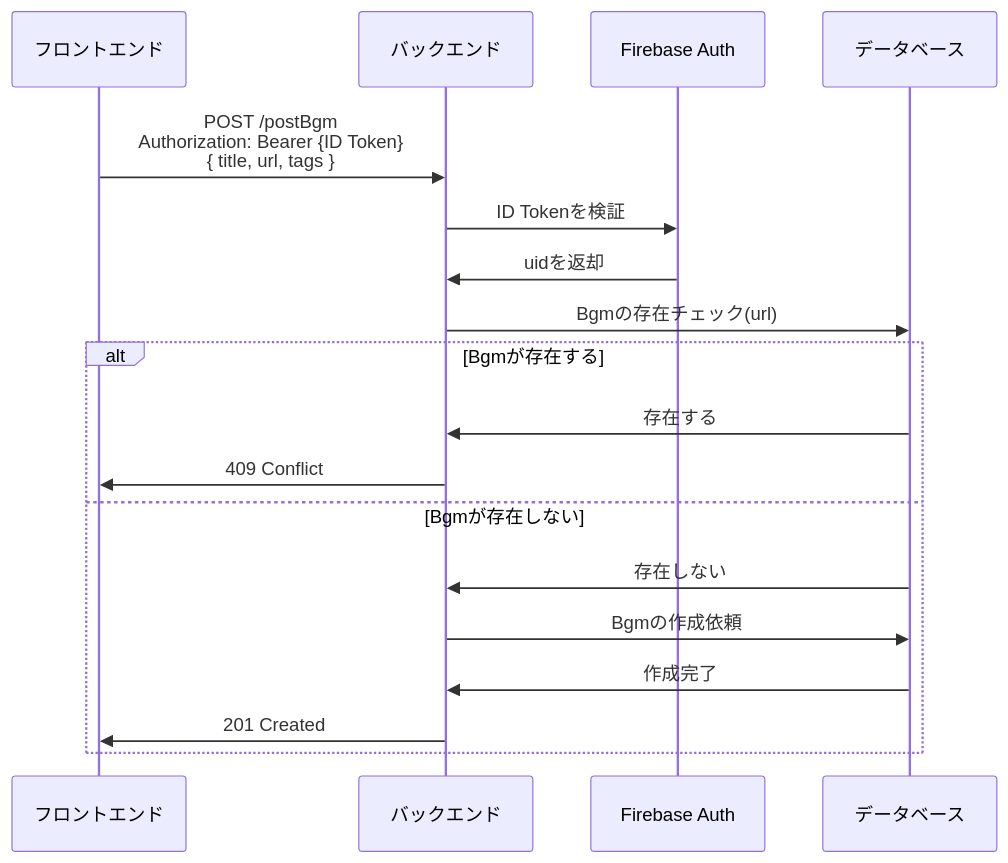
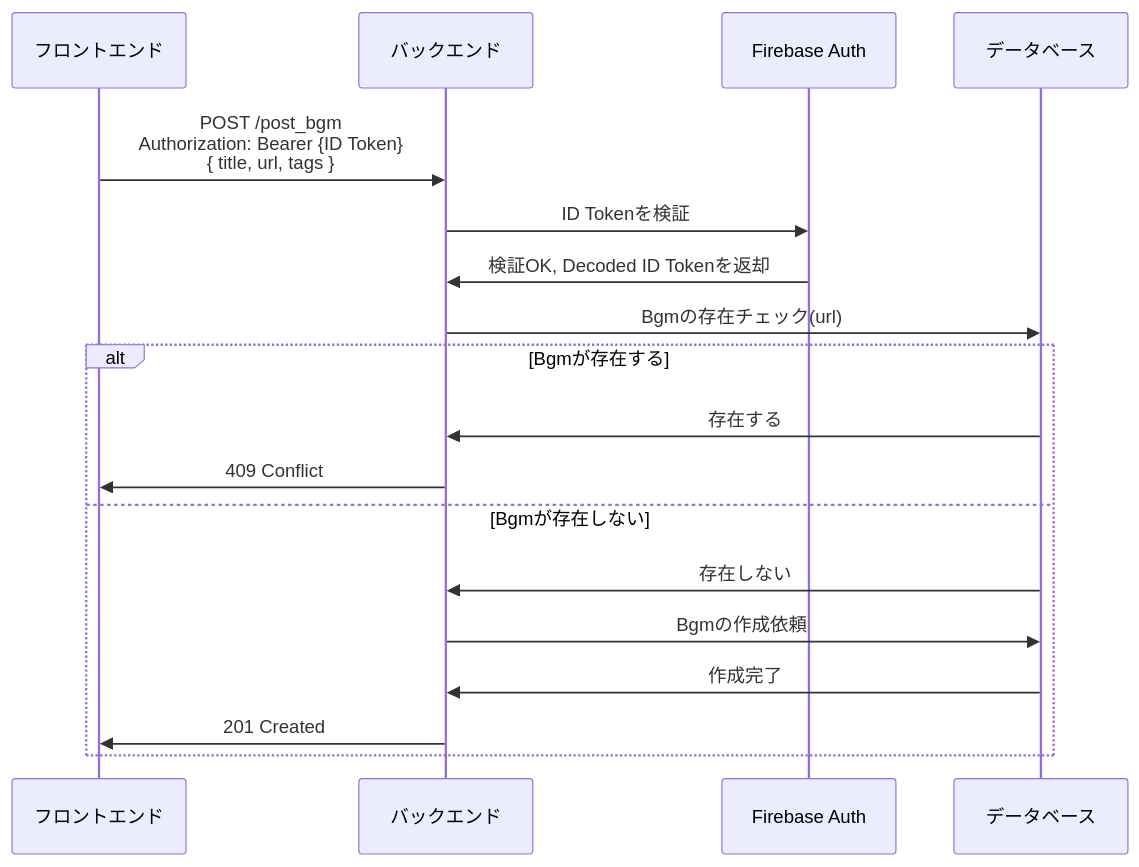
One commit to kagomen/bgm-api-springboot changed the second of 5 diagrams in docs/sequence.md. Above: the diagram before and after it, drawn with Mermaid. The commit also changed other lines of this file, not shown here.

First line of the commit message:
シーケンス図の細かな修正

````diff
--- a/docs/sequence.md
+++ b/docs/sequence.md
@@ -34,21 +62,21 @@
 ```mermaid
 sequenceDiagram
     participant FE as フロントエンド
     participant BE as バックエンド
     participant FB as Firebase Auth
     participant DB as データベース
-    FE ->> BE: POST /postBgm<br />Authorization: Bearer {ID Token}<br />{ title, url, tags }
+    FE ->> BE: POST /post_bgm<br />Authorization: Bearer {ID Token}<br />{ title, url, tags }
     BE ->> FB: ID Tokenを検証
-    FB ->> BE: uidを返却
+    FB ->> BE: 検証OK, Decoded ID Tokenを返却
     BE ->> DB: Bgmの存在チェック(url)
 
     alt Bgmが存在する
         DB ->> BE: 存在する
         BE ->> FE: 409 Conflict
     else Bgmが存在しない
         DB ->> BE: 存在しない
         BE ->> DB: Bgmの作成依頼
         DB ->> BE: 作成完了
         BE ->> FE: 201 Created
     end
 ```
````
